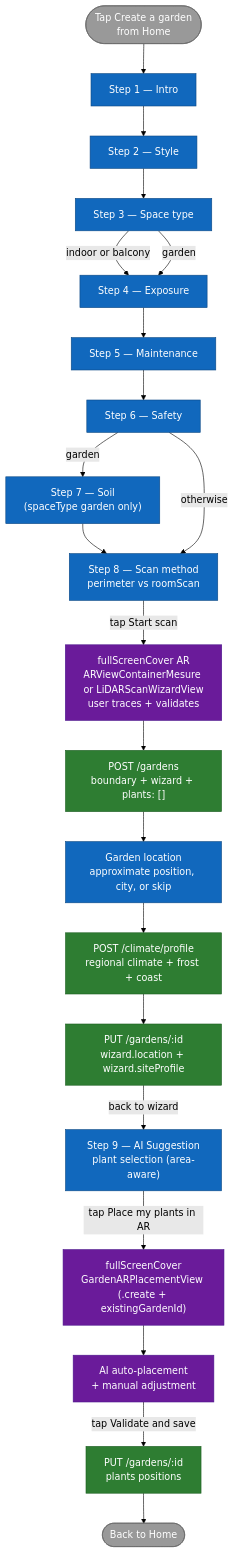
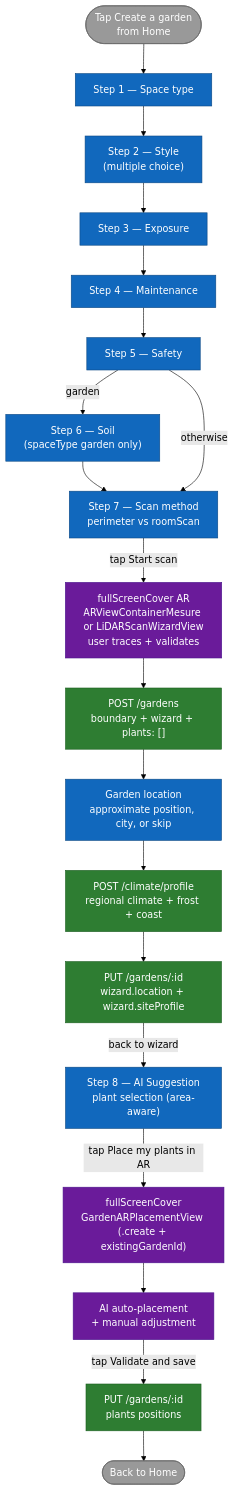
Before and after one commit to ArboreTeam/Arbore: the diagram in docs/en/flows/garden-creation.md, drawn with Mermaid (forest theme). The commit also changed other lines of this file and 214 other files, not shown here.

````diff
--- a/docs/en/flows/garden-creation.md
+++ b/docs/en/flows/garden-creation.md
@@ -13,52 +13,49 @@
 ```mermaid
 flowchart TB
     start_node([Tap Create a garden<br/>from Home])
 
-    intro["Step 1 — Intro"]
-    style_step["Step 2 — Style"]
-    spaceType["Step 3 — Space type"]
-    exposure["Step 4 — Exposure"]
-    maintenance["Step 5 — Maintenance"]
-    safety["Step 6 — Safety"]
-    soil["Step 7 — Soil<br/>(spaceType garden only)"]
-    scan["Step 8 — Scan method<br/>perimeter vs roomScan"]
+    spaceType["Step 1 — Space type"]
+    style_step["Step 2 — Style<br/>(multiple choice)"]
+    exposure["Step 3 — Exposure"]
+    maintenance["Step 4 — Maintenance"]
+    safety["Step 5 — Safety"]
+    soil["Step 6 — Soil<br/>(spaceType garden only)"]
+    scan["Step 7 — Scan method<br/>perimeter vs roomScan"]
 
     trace_ar["fullScreenCover AR<br/>ARViewContainerMesure or LiDARScanWizardView<br/>user traces + validates"]
     post_garden["POST /gardens<br/>boundary + wizard + plants: []"]
     location["Garden location<br/>approximate position, city, or skip"]
     climate["POST /climate/profile<br/>regional climate + frost + coast"]
     update_garden["PUT /gardens/:id<br/>wizard.location + wizard.siteProfile"]
-    ai["Step 9 — AI Suggestion<br/>plant selection (area-aware)"]
+    ai["Step 8 — AI Suggestion<br/>plant selection (area-aware)"]
     placement["fullScreenCover<br/>GardenARPlacementView (.create + existingGardenId)"]
     auto_place["AI auto-placement<br/>+ manual adjustment"]
     put_garden["PUT /gardens/:id<br/>plants positions"]
 
     home([Back to Home])
 
-    start_node --> intro --> style_step --> spaceType
-    spaceType -->|indoor or balcony| exposure
-    spaceType -->|garden| exposure
-    exposure --> maintenance --> safety
+    start_node --> spaceType --> style_step
+    style_step --> exposure --> maintenance --> safety
     safety -->|garden| soil --> scan
     safety -->|otherwise| scan
 
     scan -->|tap Start scan| trace_ar
     trace_ar --> post_garden
     post_garden --> location
     location --> climate
     climate --> update_garden
     update_garden -->|back to wizard| ai
     ai -->|tap Place my plants in AR| placement
     placement --> auto_place
     auto_place -->|tap Validate and save| put_garden
     put_garden --> home
 
     classDef step  fill:#1168BD,stroke:#0B4884,color:#fff
     classDef cond  fill:#2E7D32,stroke:#1B5E20,color:#fff
     classDef ar    fill:#6A1B9A,stroke:#4A148C,color:#fff
     classDef io    fill:#999,stroke:#666,color:#fff
-    class intro,style_step,spaceType,exposure,maintenance,safety,soil,scan,location,ai step
+    class style_step,spaceType,exposure,maintenance,safety,soil,scan,location,ai step
     class post_garden,climate,update_garden,put_garden cond
     class trace_ar,placement,auto_place ar
     class start_node,home io
 ```
````
